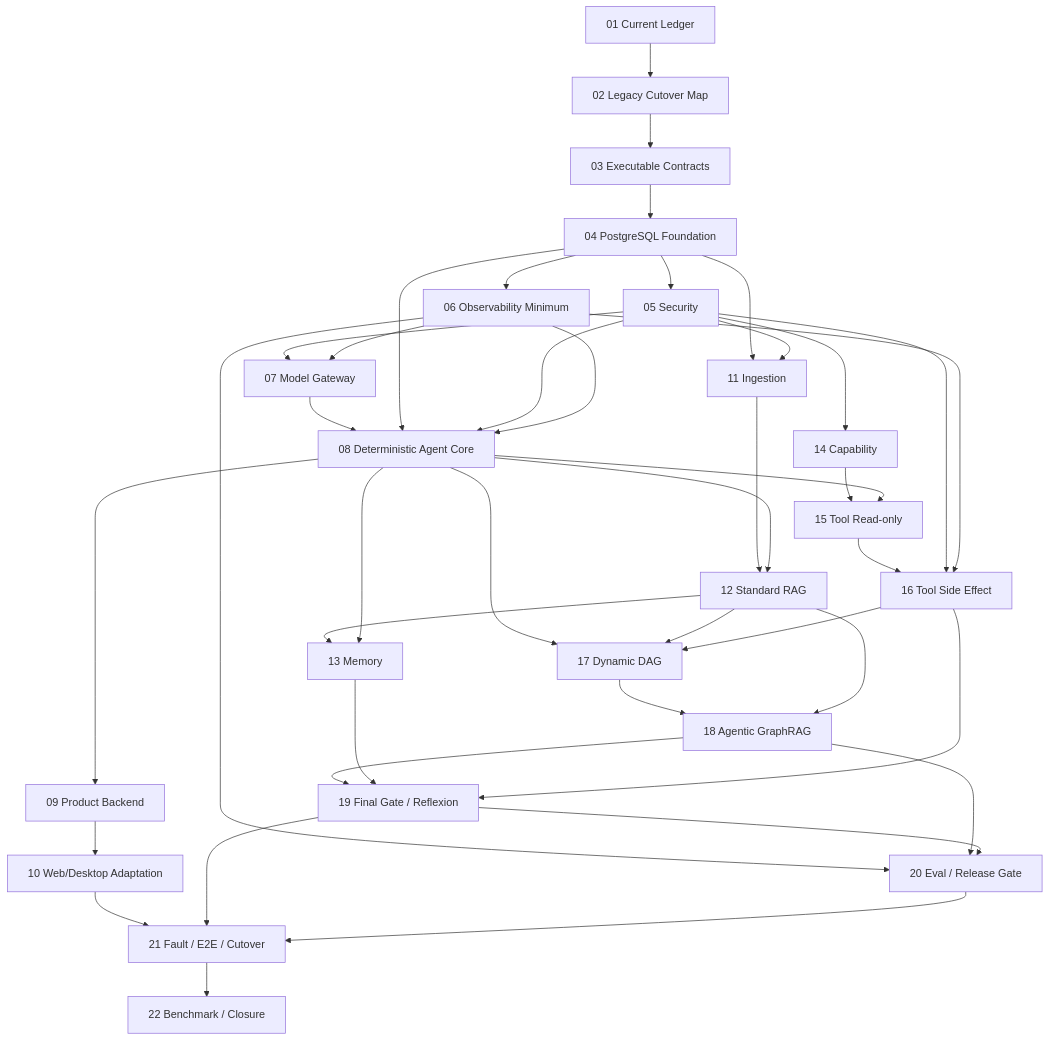
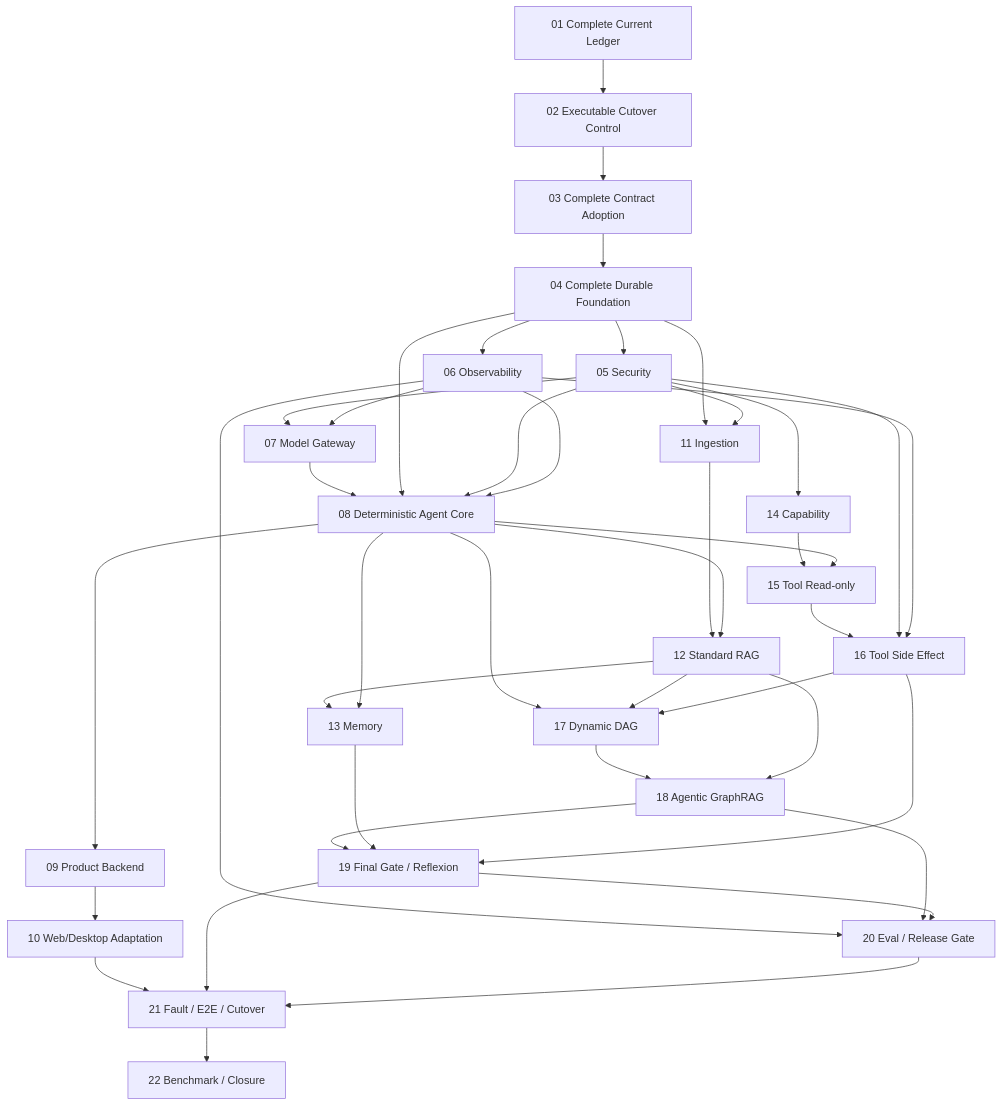
Before and after one commit to ProfessorZhi/Zuno: the diagram in .agent/programs/implementation-roadmap.md, drawn with Mermaid. The commit also changed other lines of this file, not shown here.

Commit message:
docs: make roadmap full-scope and reopen phase01-04

````diff
--- a/.agent/programs/implementation-roadmap.md
+++ b/.agent/programs/implementation-roadmap.md
@@ -31,43 +45,43 @@
 ```mermaid
 flowchart TB
-  P01[01 Current Ledger] --> P02[02 Legacy Cutover Map]
-  P02 --> P03[03 Executable Contracts]
-  P03 --> P04[04 PostgreSQL Foundation]
+  P01[01 Complete Current Ledger] --> P02[02 Executable Cutover Control]
+  P02 --> P03[03 Complete Contract Adoption]
+  P03 --> P04[04 Complete Durable Foundation]
   P04 --> P05[05 Security]
-  P04 --> P06[06 Observability Minimum]
+  P04 --> P06[06 Observability]
   P05 --> P07[07 Model Gateway]
   P06 --> P07
   P07 --> P08[08 Deterministic Agent Core]
   P04 --> P08
   P05 --> P08
   P06 --> P08
   P08 --> P09[09 Product Backend]
   P09 --> P10[10 Web/Desktop Adaptation]
   P04 --> P11[11 Ingestion]
   P05 --> P11
   P11 --> P12[12 Standard RAG]
   P08 --> P12
   P12 --> P13[13 Memory]
   P08 --> P13
   P05 --> P14[14 Capability]
   P14 --> P15[15 Tool Read-only]
   P08 --> P15
   P15 --> P16[16 Tool Side Effect]
   P05 --> P16
   P06 --> P16
   P08 --> P17[17 Dynamic DAG]
   P12 --> P17
   P16 --> P17
   P17 --> P18[18 Agentic GraphRAG]
   P12 --> P18
   P18 --> P19[19 Final Gate / Reflexion]
   P13 --> P19
   P16 --> P19
   P06 --> P20[20 Eval / Release Gate]
   P18 --> P20
   P19 --> P20
   P10 --> P21[21 Fault / E2E / Cutover]
   P19 --> P21
   P20 --> P21
   P21 --> P22[22 Benchmark / Closure]
 ```
````
